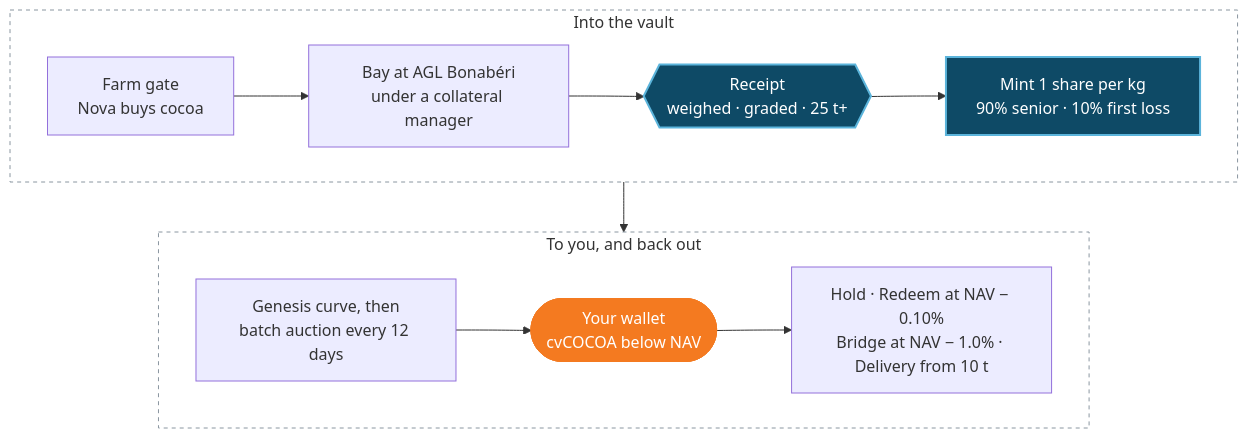
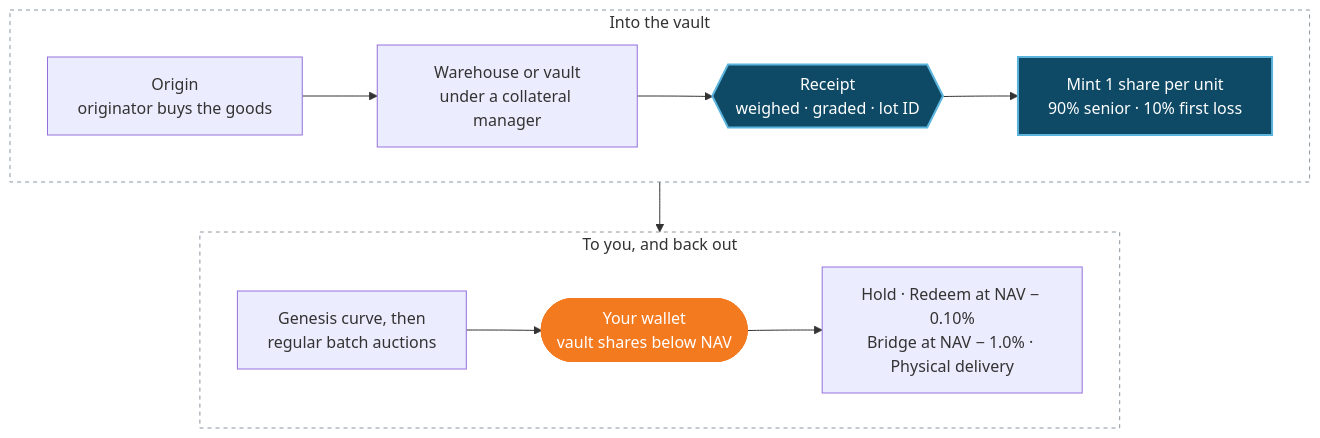
Before and after one commit to cargofinance/documentation: the diagram in index.mdx, drawn with Mermaid. The commit also changed other lines of this file and 32 other files, not shown here.

First line of the commit message:
Reframe docs around real-world assets in general; keep Cameroon cocoa to the Genesis Vault

````diff
--- a/index.mdx
+++ b/index.mdx
@@ -50,18 +54,18 @@
 ```mermaid
 flowchart TB
     subgraph IN["Into the vault"]
         direction LR
-        A["Farm gate<br/>Nova buys cocoa"] --> B["Bay at AGL Bonabéri<br/>under a collateral manager"] --> C{{"Receipt<br/>weighed · graded · 25 t+"}} --> D["Mint 1 share per kg<br/>90% senior · 10% first loss"]
+        A["Origin<br/>originator buys the goods"] --> B["Warehouse or vault<br/>under a collateral manager"] --> C{{"Receipt<br/>weighed · graded · lot ID"}} --> D["Mint 1 share per unit<br/>90% senior · 10% first loss"]
     end
     subgraph OUT["To you, and back out"]
         direction LR
-        E["Genesis curve, then<br/>batch auction every 12 days"] --> F(["Your wallet<br/>cvCOCOA below NAV"]) --> X["Hold · Redeem at NAV − 0.10%<br/>Bridge at NAV − 1.0% · Delivery from 10 t"]
+        E["Genesis curve, then<br/>regular batch auctions"] --> F(["Your wallet<br/>vault shares below NAV"]) --> X["Hold · Redeem at NAV − 0.10%<br/>Bridge at NAV − 1.0% · Physical delivery"]
     end
     IN --> OUT
     classDef key fill:#0E4A66,stroke:#5BB4DB,stroke-width:2px,color:#ffffff
     classDef accent fill:#F47A20,stroke:#F47A20,color:#ffffff
     class C,D key
     class F accent
     style IN fill:transparent,stroke:#8A96A0,stroke-dasharray:4 4
     style OUT fill:transparent,stroke:#8A96A0,stroke-dasharray:4 4
 ```
````
